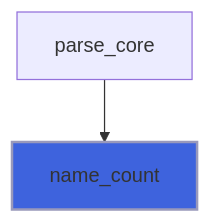
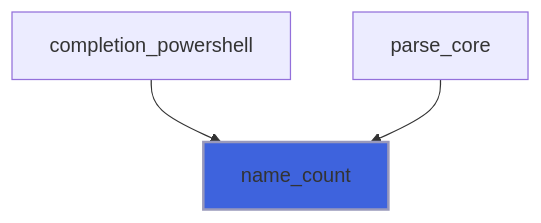
Diagram 25 of 39 in docs/api/src/lib/flap_command_line_arguments_group_t.md (szaghi/FLAP), drawn with Mermaid before and after one commit. The commit also changed other lines of this file and 13 other files, not shown here.

````diff
--- a/docs/api/src/lib/flap_command_line_arguments_group_t.md
+++ b/docs/api/src/lib/flap_command_line_arguments_group_t.md
@@ -939,5 +972,6 @@
 ```mermaid
 flowchart TD
+  completion_powershell["completion_powershell"] --> name_count["name_count"]
   parse_core["parse_core"] --> name_count["name_count"]
   style name_count fill:#3e63dd,stroke:#99b,stroke-width:2px
 ```
````
